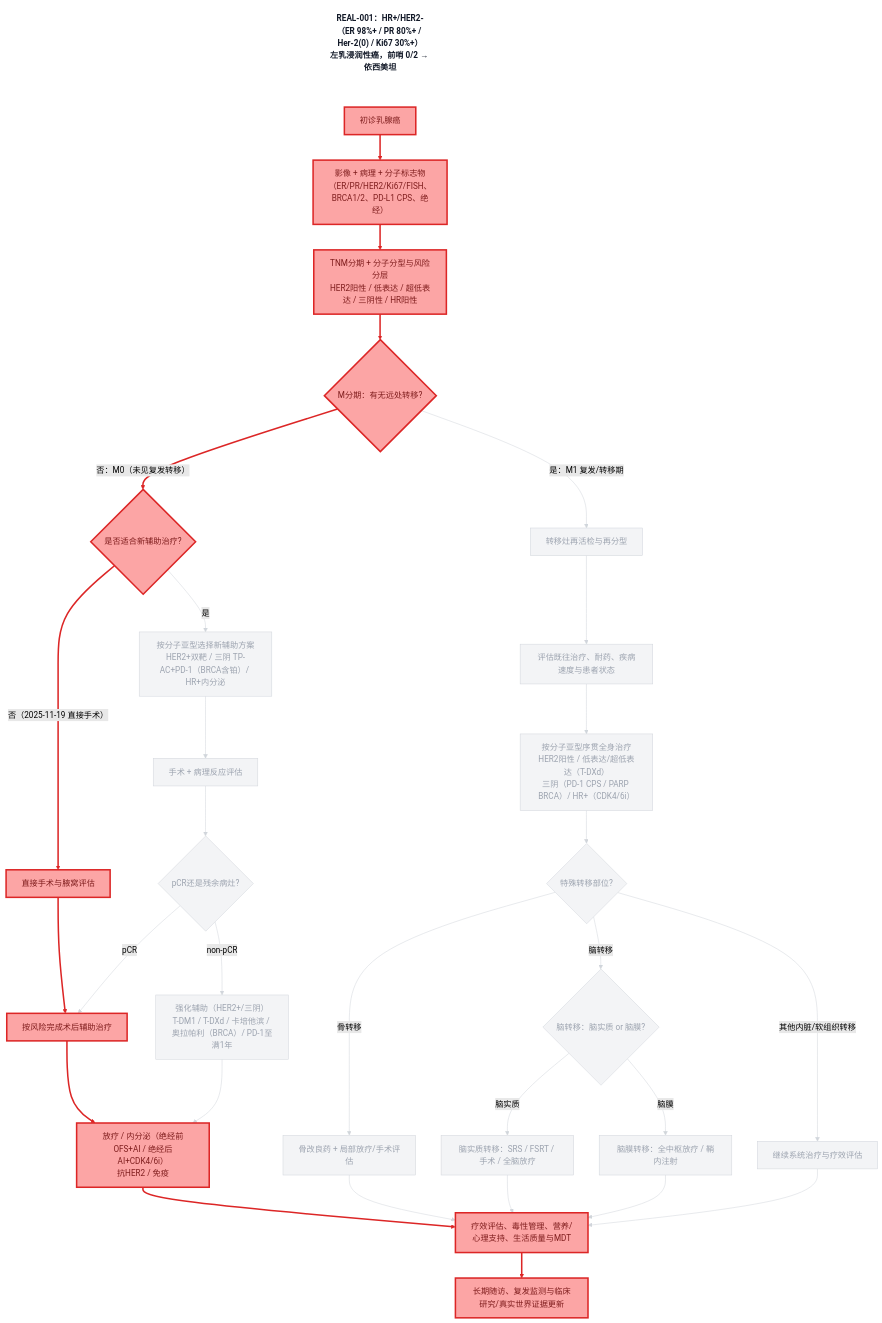
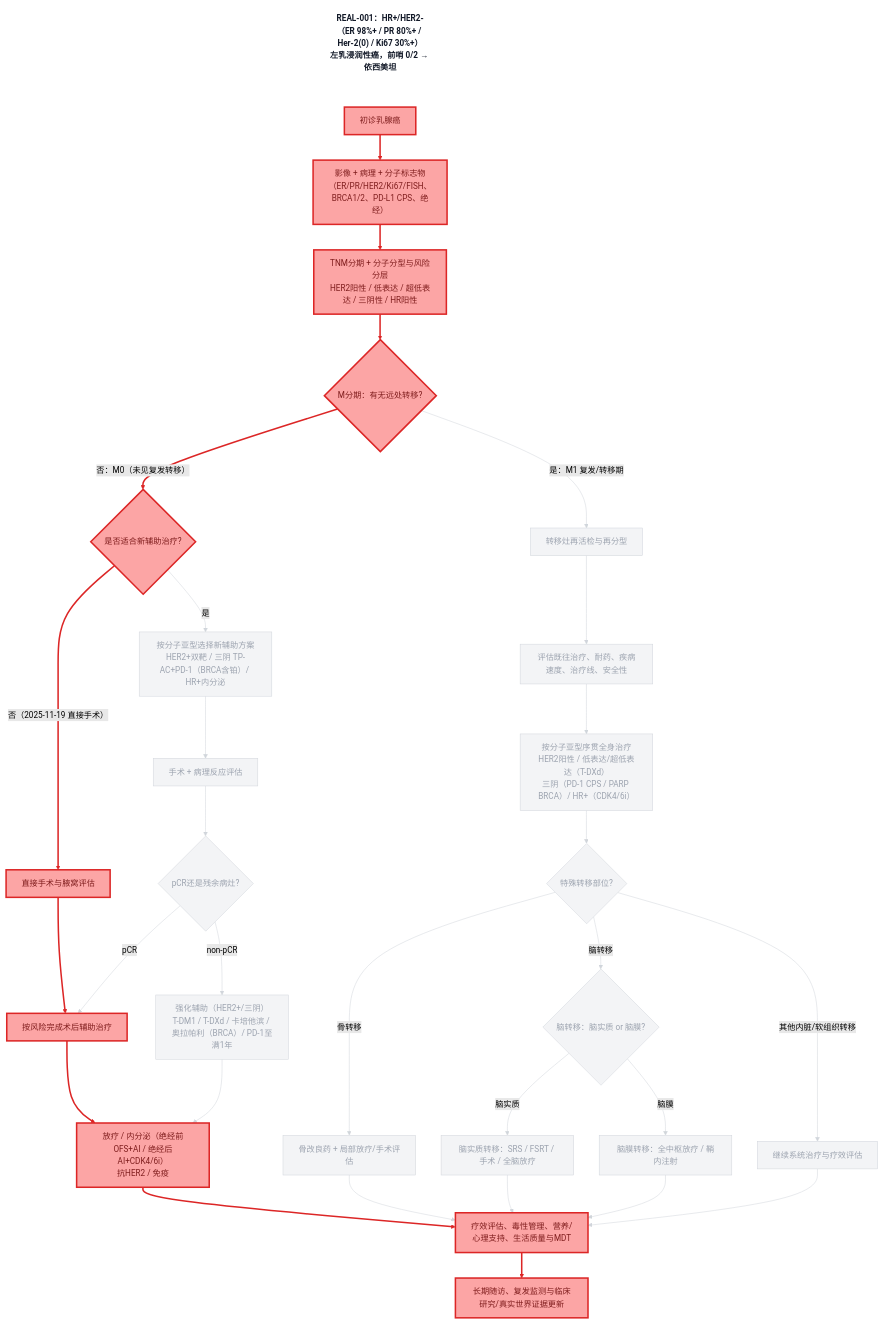
Before and after one commit to dongjb741280/breast-cancer: the diagram in diagrams/decision-chain-REAL-001.mmd, drawn with Mermaid (forest theme). The commit also changed 24 other files, not shown here.

```diff
--- a/diagrams/decision-chain-REAL-001.mmd
+++ b/diagrams/decision-chain-REAL-001.mmd
@@ -1,109 +1,109 @@
 graph TD
     TITLE["REAL-001：HR+/HER2-（ER 98%+ / PR 80%+ / Her-2(0) / Ki67 30%+）<br/>左乳浸润性癌，前哨 0/2 → 依西美坦"]
     A[初诊乳腺癌]
     B[影像 + 病理 + 分子标志物<br/>（ER/PR/HER2/Ki67/FISH、BRCA1/2、PD-L1 CPS、绝经）]
     C[TNM分期 + 分子分型与风险分层<br/>HER2阳性 / 低表达 / 超低表达 / 三阴性 / HR阳性]
     D{M分期：有无远处转移?}
     E{是否适合新辅助治疗?}
     F[按分子亚型选择新辅助方案<br/>HER2+双靶 / 三阴 TP-AC+PD-1（BRCA含铂）/ HR+内分泌]
     G[直接手术与腋窝评估]
     H[手术 + 病理反应评估]
     I{pCR还是残余病灶?}
     J[按风险完成术后辅助治疗]
     K[强化辅助（HER2+/三阴）<br/>T-DM1 / T-DXd / 卡培他滨 / 奥拉帕利（BRCA）/ PD-1至满1年]
     L[放疗 / 内分泌（绝经前OFS+AI / 绝经后AI+CDK4/6i）<br/>抗HER2 / 免疫]
     M[转移灶再活检与再分型]
-    N[评估既往治疗、耐药、疾病速度与患者状态]
+    N[评估既往治疗、耐药、疾病速度、治疗线、安全性]
     O[按分子亚型序贯全身治疗<br/>HER2阳性 / 低表达/超低表达（T-DXd）<br/>三阴（PD-1 CPS / PARP BRCA）/ HR+（CDK4/6i）]
     P{特殊转移部位?}
     Q[骨改良药 + 局部放疗/手术评估]
     R{脑转移：脑实质 or 脑膜?}
     R1[脑实质转移：SRS / FSRT / 手术 / 全脑放疗]
     R2[脑膜转移：全中枢放疗 / 鞘内注射]
     S[继续系统治疗与疗效评估]
     T[疗效评估、毒性管理、营养/心理支持、生活质量与MDT]
     U[长期随访、复发监测与临床研究/真实世界证据更新]
     A --> B
     B --> C
     C --> D
     D -->|否：M0（未见复发转移）| E
     E -->|是| F
     E -->|否（2025-11-19 直接手术）| G
     F --> H
     G --> J
     H --> I
     I -->|pCR| J
     I -->|non-pCR| K
     J --> L
     K --> L
     D -->|是：M1 复发/转移期| M
     M --> N
     N --> O
     O --> P
     P -->|骨转移| Q
     P -->|脑转移| R
     P -->|其他内脏/软组织转移| S
     R -->|脑实质| R1
     R -->|脑膜| R2
     L --> T
     Q --> T
     R1 --> T
     R2 --> T
     S --> T
     T --> U
     TITLE ~~~ A
     classDef path fill:#fca5a5,stroke:#dc2626,color:#7f1d1d,stroke-width:3px;
     classDef dim fill:#f3f4f6,stroke:#d1d5db,color:#9ca3af,stroke-width:1px;
     classDef caption fill:#fff,stroke:none,color:#111827,font-weight:bold;
     class TITLE caption;
     class A path;
     class B path;
     class C path;
     class D path;
     class E path;
     class F dim;
     class G path;
     class H dim;
     class I dim;
     class J path;
     class K dim;
     class L path;
     class M dim;
     class N dim;
     class O dim;
     class P dim;
     class Q dim;
     class R dim;
     class R1 dim;
     class R2 dim;
     class S dim;
     class T path;
     class U path;
     linkStyle 0 stroke:#dc2626,stroke-width:3px;
     linkStyle 1 stroke:#dc2626,stroke-width:3px;
     linkStyle 2 stroke:#dc2626,stroke-width:3px;
     linkStyle 3 stroke:#dc2626,stroke-width:3px;
     linkStyle 4 stroke:#d1d5db,stroke-width:1px;
     linkStyle 5 stroke:#dc2626,stroke-width:3px;
     linkStyle 6 stroke:#d1d5db,stroke-width:1px;
     linkStyle 7 stroke:#dc2626,stroke-width:3px;
     linkStyle 8 stroke:#d1d5db,stroke-width:1px;
     linkStyle 9 stroke:#d1d5db,stroke-width:1px;
     linkStyle 10 stroke:#d1d5db,stroke-width:1px;
     linkStyle 11 stroke:#dc2626,stroke-width:3px;
     linkStyle 12 stroke:#d1d5db,stroke-width:1px;
     linkStyle 13 stroke:#d1d5db,stroke-width:1px;
     linkStyle 14 stroke:#d1d5db,stroke-width:1px;
     linkStyle 15 stroke:#d1d5db,stroke-width:1px;
     linkStyle 16 stroke:#d1d5db,stroke-width:1px;
     linkStyle 17 stroke:#d1d5db,stroke-width:1px;
     linkStyle 18 stroke:#d1d5db,stroke-width:1px;
     linkStyle 19 stroke:#d1d5db,stroke-width:1px;
     linkStyle 20 stroke:#d1d5db,stroke-width:1px;
     linkStyle 21 stroke:#d1d5db,stroke-width:1px;
     linkStyle 22 stroke:#dc2626,stroke-width:3px;
     linkStyle 23 stroke:#d1d5db,stroke-width:1px;
     linkStyle 24 stroke:#d1d5db,stroke-width:1px;
     linkStyle 25 stroke:#d1d5db,stroke-width:1px;
     linkStyle 26 stroke:#d1d5db,stroke-width:1px;
     linkStyle 27 stroke:#dc2626,stroke-width:3px;
```
